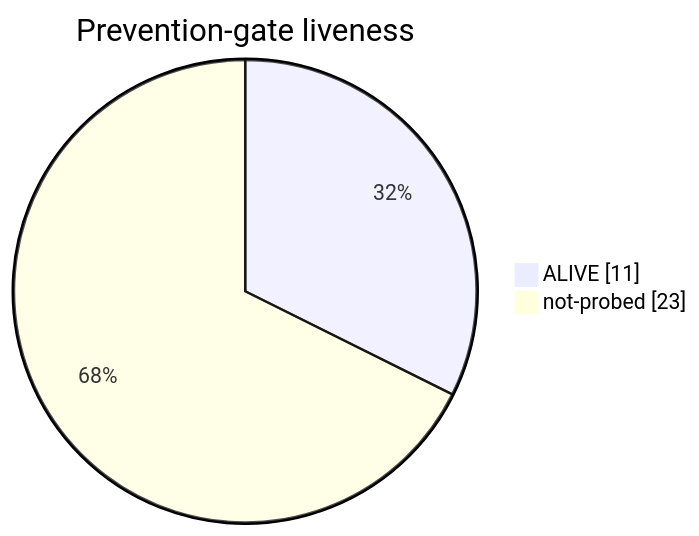
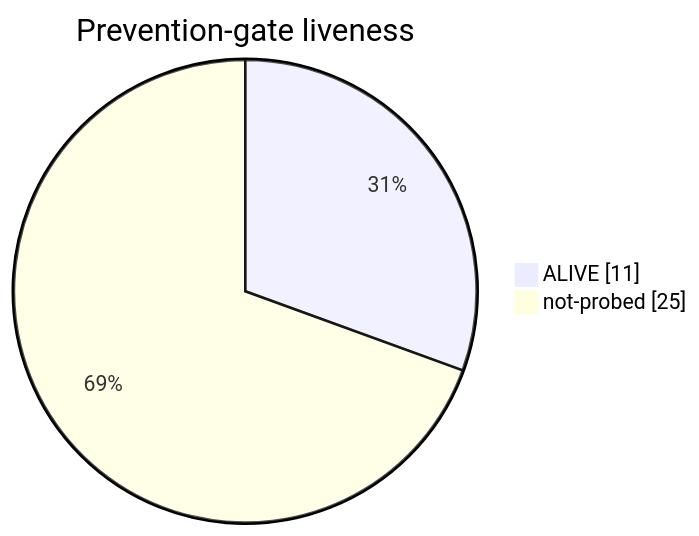
One commit to Yos-K/gatecrate changed the second of 4 diagrams in docs/harness-status.md. Above: the diagram before and after it, drawn with Mermaid. The commit also changed other lines of this file and 1 other file, not shown here.

````diff
--- a/docs/harness-status.md
+++ b/docs/harness-status.md
@@ -30,6 +30,6 @@
 ```mermaid
 pie showData
     title Prevention-gate liveness
     "ALIVE" : 11
-    "not-probed" : 23
+    "not-probed" : 25
 ```
````
